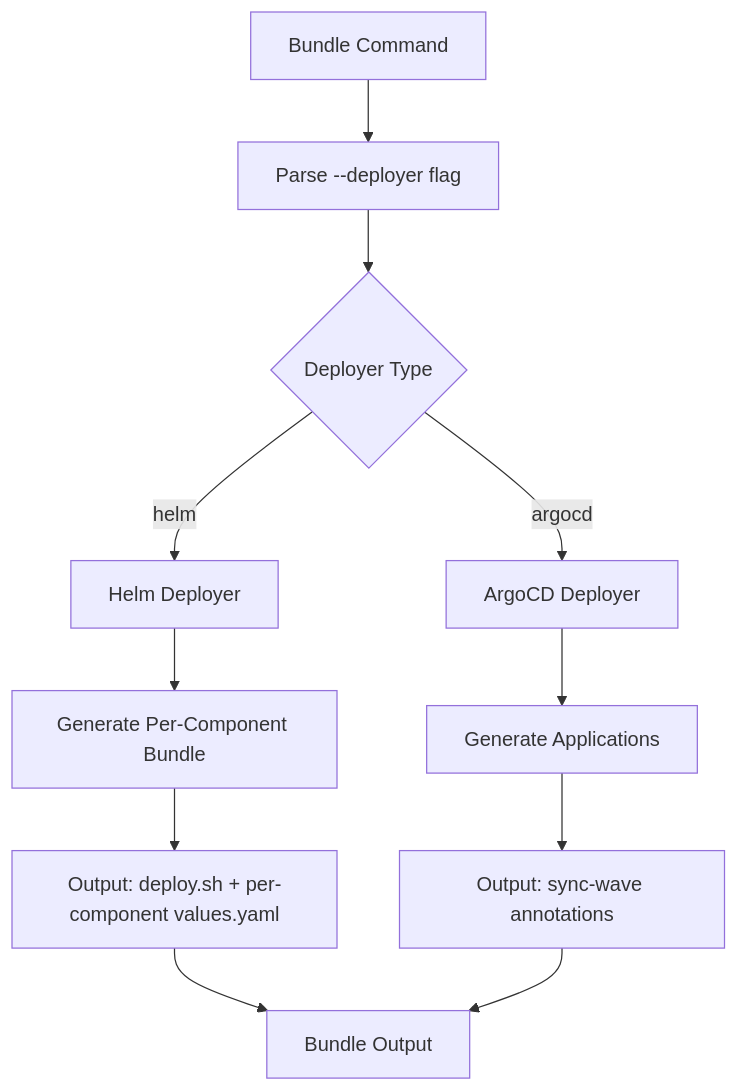
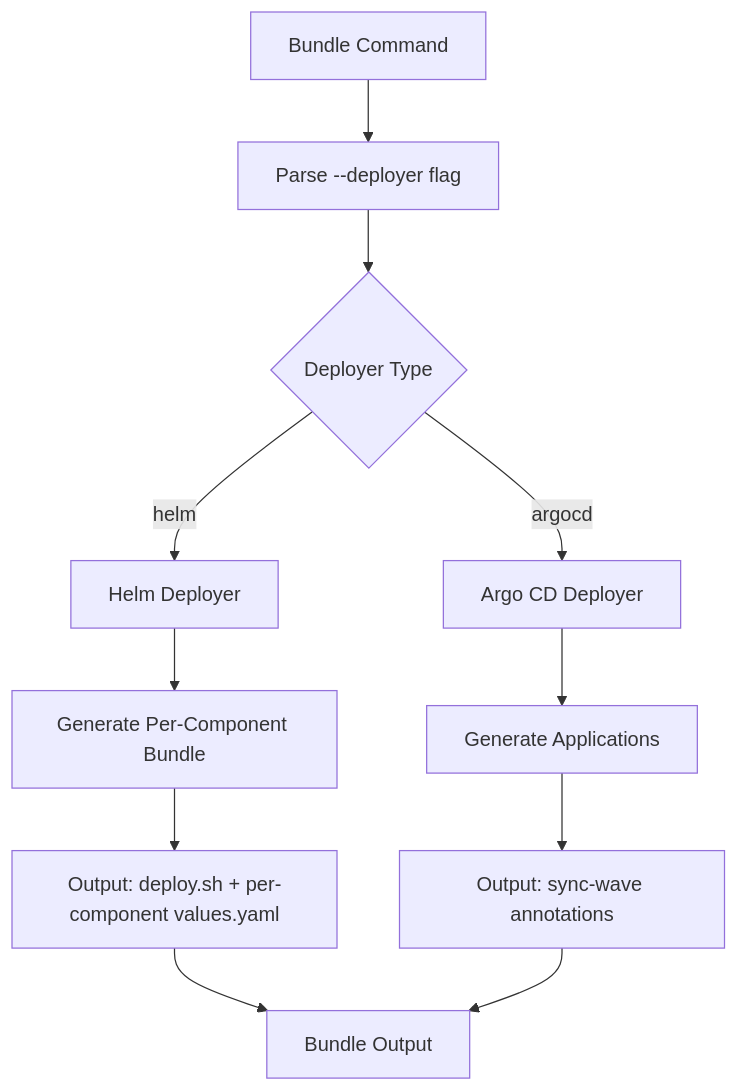
Diagram 17 of 18 in docs/contributor/cli.md (NVIDIA/aicr), drawn with Mermaid before and after one commit. The commit also changed other lines of this file and 35 other files, not shown here.

````diff
--- a/docs/contributor/cli.md
+++ b/docs/contributor/cli.md
@@ -2782,16 +2782,16 @@
 ```mermaid
 flowchart TD
     A[Bundle Command] --> B[Parse --deployer flag]
     B --> C{Deployer Type}
     C -->|helm| D[Helm Deployer]
-    C -->|argocd| E[ArgoCD Deployer]
+    C -->|argocd| E[Argo CD Deployer]
     
     D --> G[Generate Per-Component Bundle]
     E --> H[Generate Applications]
     
     G --> J[Output: deploy.sh + per-component values.yaml]
     H --> K[Output: sync-wave annotations]
     
     J --> M[Bundle Output]
     K --> M
 ```
````
